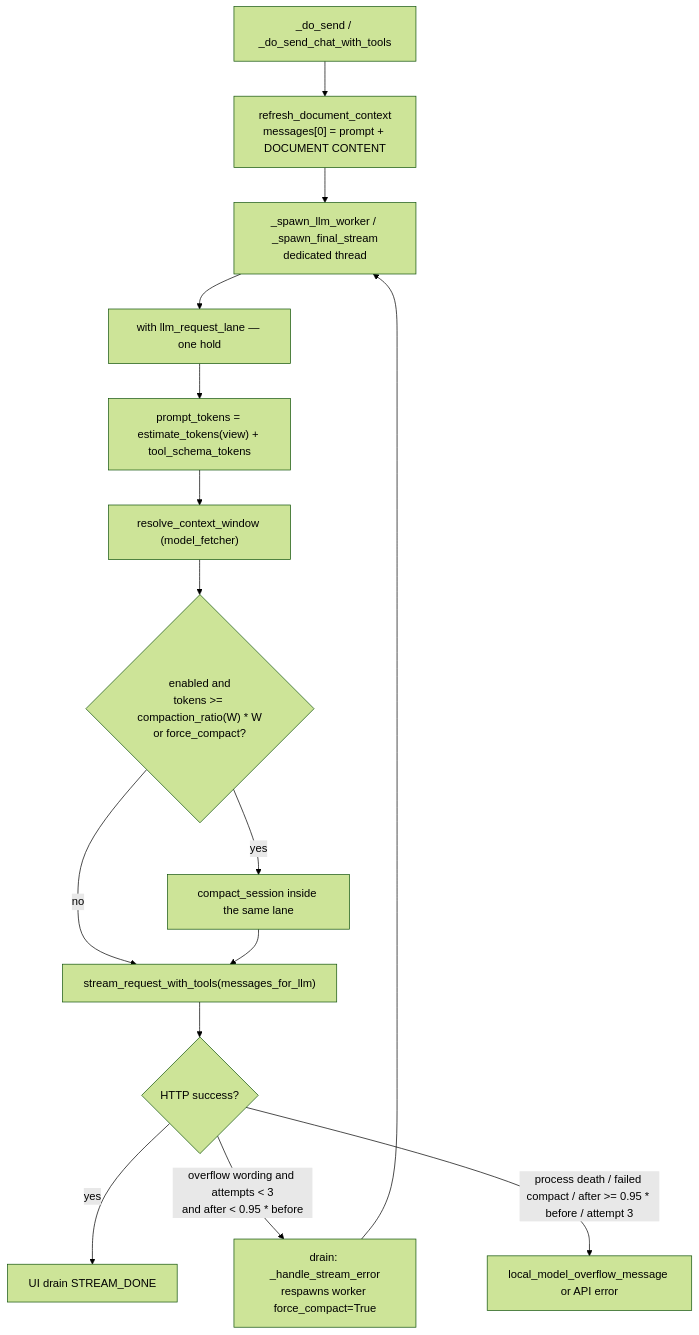
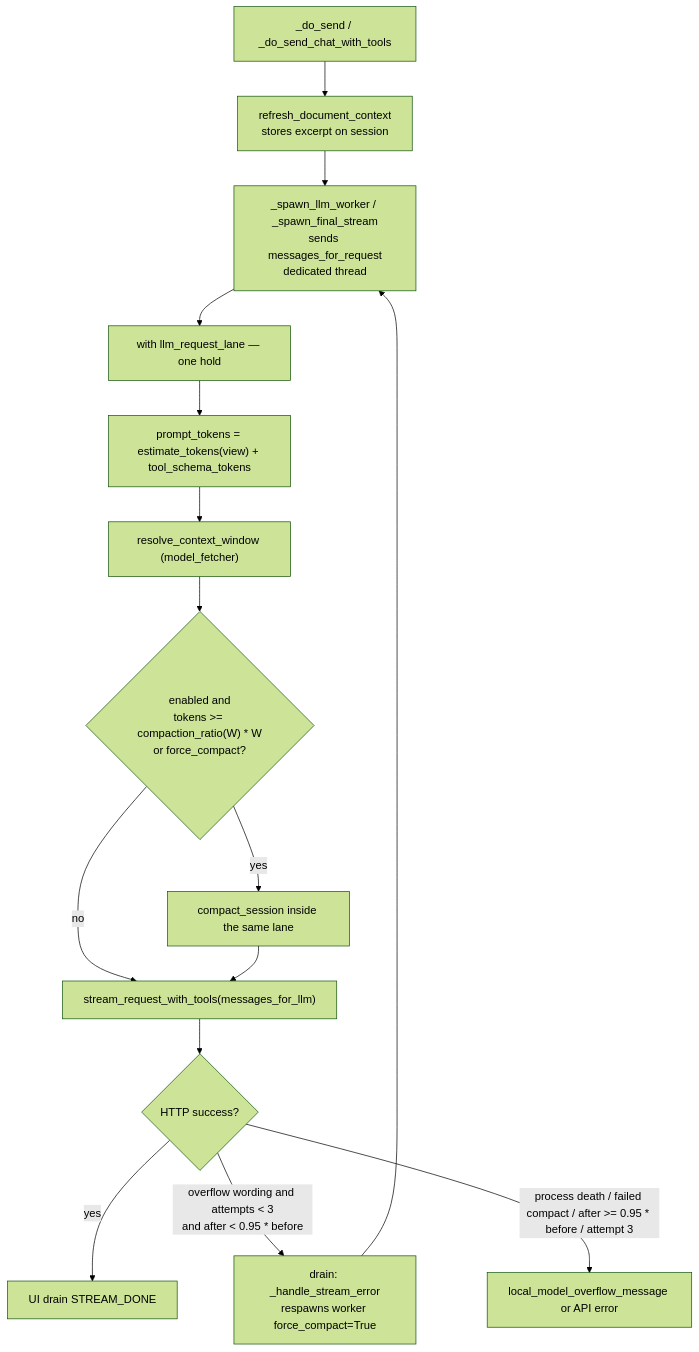
One commit to KeithCu/writeragent changed the first of 2 diagrams in docs/chat/compaction-dev-plan.md. Above: the diagram before and after it, drawn with Mermaid (forest theme). The commit also changed other lines of this file and 18 other files, not shown here.

Commit message:
chat: document snapshot goes last for prompt caching

````diff
--- a/docs/chat/compaction-dev-plan.md
+++ b/docs/chat/compaction-dev-plan.md
@@ -49,17 +49,17 @@
 ```mermaid
 flowchart TD
-  send["_do_send / _do_send_chat_with_tools"] --> refresh["refresh_document_context<br/>messages[0] = prompt + DOCUMENT CONTENT"]
-  refresh --> worker["_spawn_llm_worker / _spawn_final_stream<br/>dedicated thread"]
+  send["_do_send / _do_send_chat_with_tools"] --> refresh["refresh_document_context<br/>stores excerpt on session"]
+  refresh --> worker["_spawn_llm_worker / _spawn_final_stream<br/>sends messages_for_request<br/>dedicated thread"]
   worker --> lane["with llm_request_lane — one hold"]
   lane --> estimate["prompt_tokens = estimate_tokens(view) + tool_schema_tokens"]
   estimate --> window["resolve_context_window (model_fetcher)"]
   window --> gate{"enabled and<br/>tokens >= compaction_ratio(W) * W<br/>or force_compact?"}
   gate -->|no| llm["stream_request_with_tools(messages_for_llm)"]
   gate -->|yes| compact["compact_session inside the same lane"]
   compact --> llm
   llm --> ok{"HTTP success?"}
   ok -->|yes| drain["UI drain STREAM_DONE"]
   ok -->|overflow wording and attempts < 3<br/>and after < 0.95 * before| respawn["drain: _handle_stream_error<br/>respawns worker force_compact=True"]
   respawn --> worker
   ok -->|process death / failed compact / after >= 0.95 * before / attempt 3| err["local_model_overflow_message or API error"]
 ```
````
